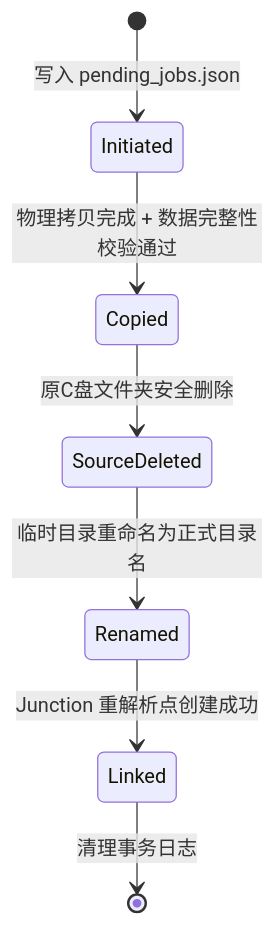
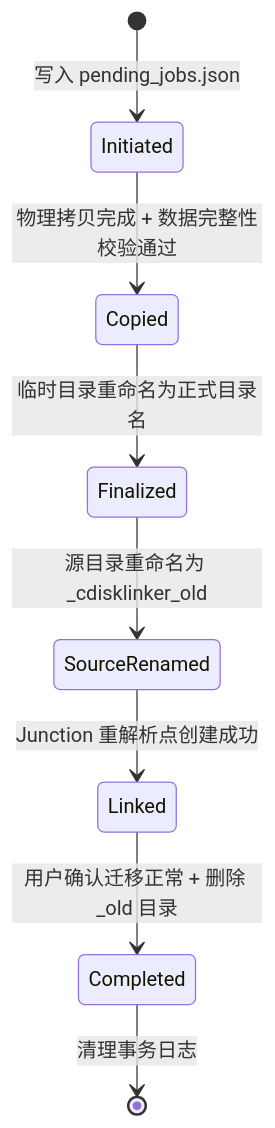
The fourth of 4 diagrams in docs/knowledge-base/flows.md (Tonys-L/CDiskLinker), drawn with Mermaid before and after one commit. The commit also changed other lines of this file and 13 other files, not shown here.

First line of the commit message:
feat: V2 migration flow - rename-first, user confirmation, instant rollback

````diff
--- a/docs/knowledge-base/flows.md
+++ b/docs/knowledge-base/flows.md
@@ -99,9 +141,10 @@
 ```mermaid
 stateDiagram-v2
     [*] --> Initiated : 写入 pending_jobs.json
     Initiated --> Copied : 物理拷贝完成 + 数据完整性校验通过
-    Copied --> SourceDeleted : 原C盘文件夹安全删除
-    SourceDeleted --> Renamed : 临时目录重命名为正式目录名
-    Renamed --> Linked : Junction 重解析点创建成功
-    Linked --> [*] : 清理事务日志
+    Copied --> Finalized : 临时目录重命名为正式目录名
+    Finalized --> SourceRenamed : 源目录重命名为 _cdisklinker_old
+    SourceRenamed --> Linked : Junction 重解析点创建成功
+    Linked --> Completed : 用户确认迁移正常 + 删除 _old 目录
+    Completed --> [*] : 清理事务日志
 ```
````
